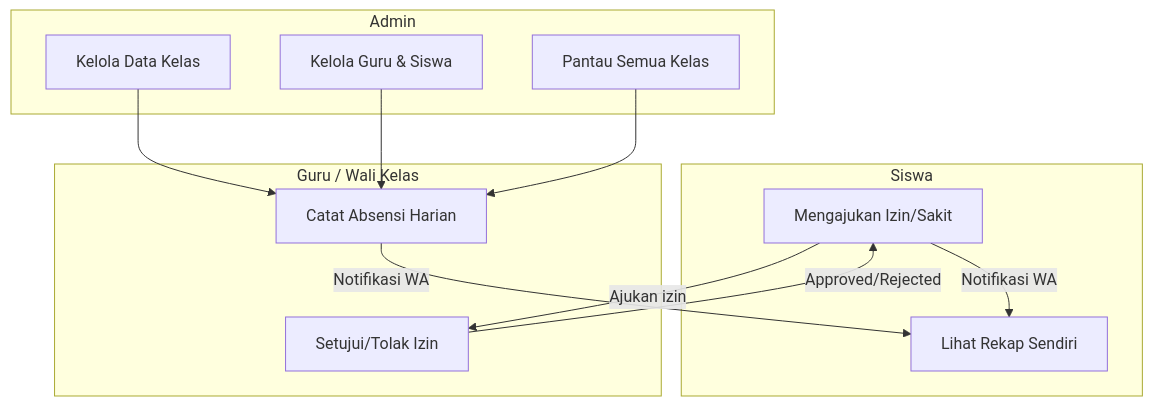
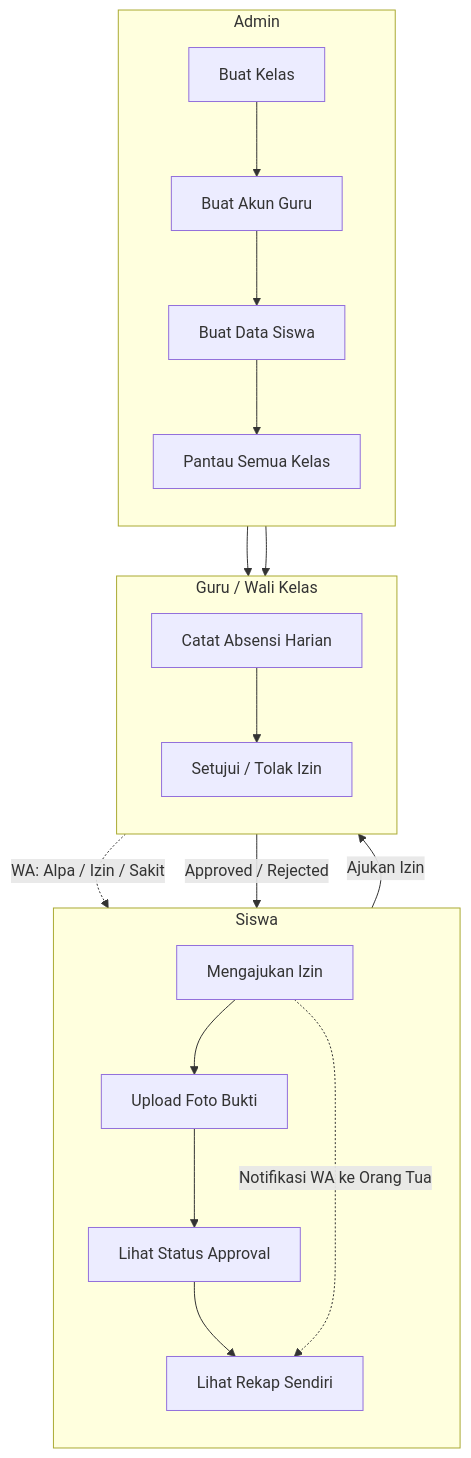
The first of 2 diagrams in README.md (georgemillerrr43/Rekab-kelas), drawn with Mermaid before and after one commit. The commit also changed other lines of this file and 3 other files, not shown here.

````diff
--- a/README.md
+++ b/README.md
@@ -17,26 +24,28 @@
 ```mermaid
 flowchart TB
     subgraph SISWA["Siswa"]
-        A1[Mengajukan Izin/Sakit]
-        A2[Lihat Rekap Sendiri]
+        direction TB
+        S1[Mengajukan Izin] --> S2[Upload Foto Bukti]
+        S2 --> S3[Lihat Status Approval]
+        S3 --> S4[Lihat Rekap Sendiri]
     end
 
     subgraph GURU["Guru / Wali Kelas"]
-        B1[Catat Absensi Harian]
-        B2[Setujui/Tolak Izin]
+        direction TB
+        G1[Catat Absensi Harian] --> G2[Setujui / Tolak Izin]
     end
 
     subgraph ADMIN["Admin"]
-        C1[Kelola Data Kelas]
-        C2[Kelola Guru & Siswa]
-        C3[Pantau Semua Kelas]
+        direction TB
+        A1[Buat Kelas] --> A2[Buat Akun Guru]
+        A2 --> A3[Buat Data Siswa]
+        A3 --> A4[Pantau Semua Kelas]
     end
 
-    A1 -->|Ajukan izin| B2
-    A1 -->|Notifikasi WA| A2
-    B1 -->|Notifikasi WA| A2
-    B2 -->|Approved/Rejected| A1
-    C1 --> B1
-    C2 --> B1
-    C3 --> B1
+    S1 -.->|"Notifikasi WA ke Orang Tua"| S4
+    G1 -.->|"WA: Alpa / Izin / Sakit"| S4
+    S1 -->|"Ajukan Izin"| G2
+    G2 -->|"Approved / Rejected"| S3
+    A4 --> G1
+    A3 --> G1
 ```
````
